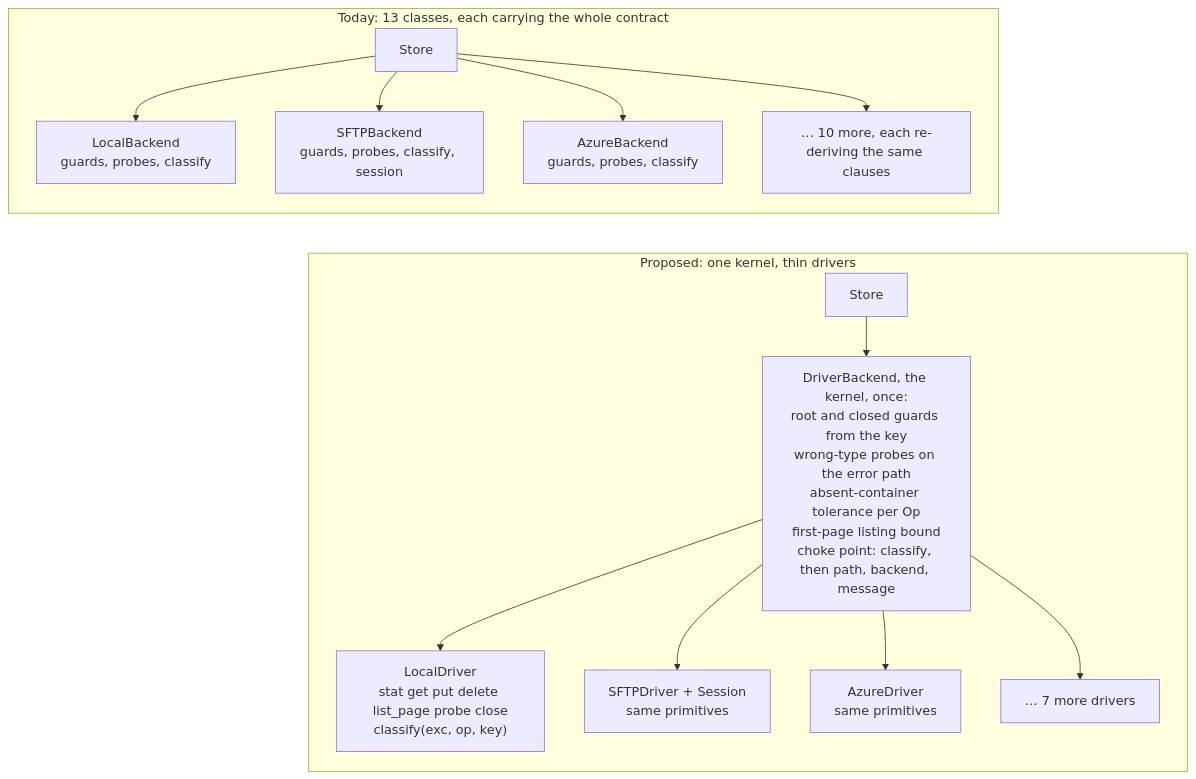
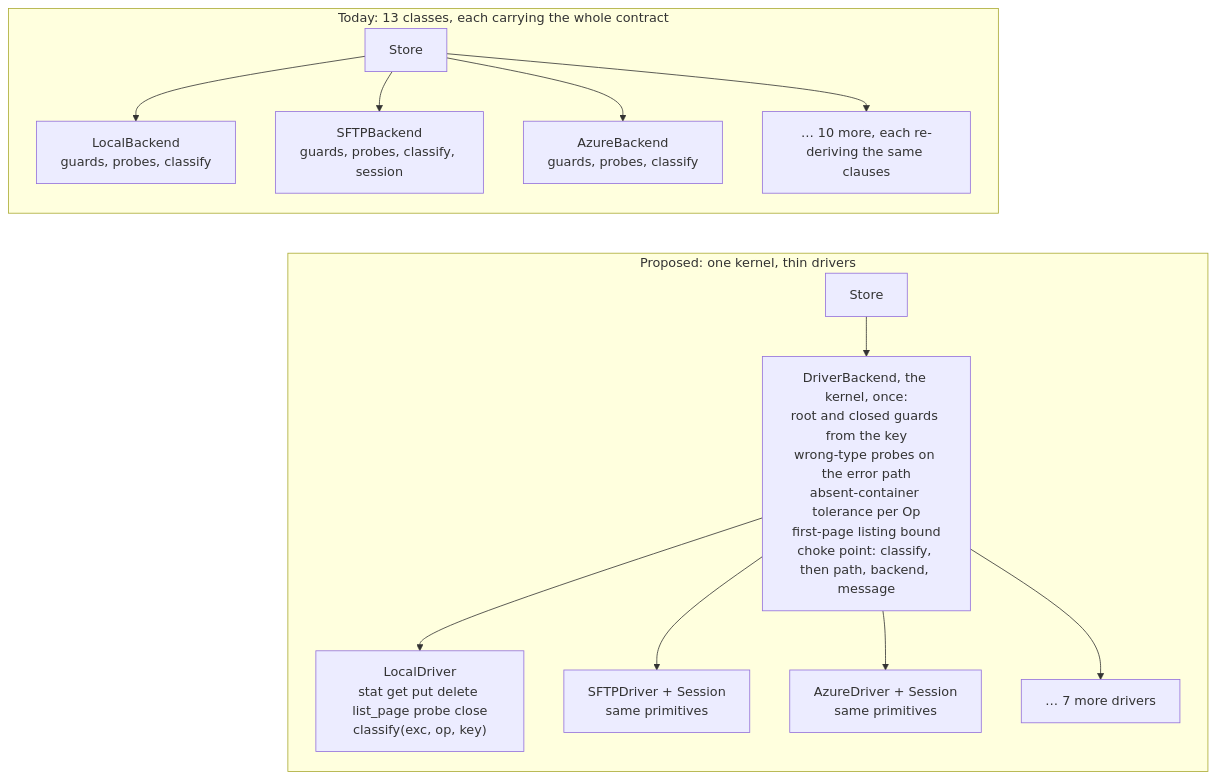
Before and after one commit to haalfi/remote-store: the first of 2 diagrams in sdd/rfcs/rfc-0017-contract-kernel-over-thin-drivers.md, drawn with Mermaid. The commit also changed other lines of this file and 16 other files, not shown here.

````diff
--- a/sdd/rfcs/rfc-0017-contract-kernel-over-thin-drivers.md
+++ b/sdd/rfcs/rfc-0017-contract-kernel-over-thin-drivers.md
@@ -100,17 +103,17 @@
 ```mermaid
 graph TB
   subgraph today["Today: 13 classes, each carrying the whole contract"]
     S1[Store] --> B1["LocalBackend<br/>guards, probes, classify"]
     S1 --> B2["SFTPBackend<br/>guards, probes, classify, session"]
     S1 --> B3["AzureBackend<br/>guards, probes, classify"]
     S1 --> B4["… 10 more, each re-deriving the same clauses"]
   end
   subgraph proposed["Proposed: one kernel, thin drivers"]
     S2[Store] --> K["DriverBackend, the kernel, once:<br/>root and closed guards from the key<br/>wrong-type probes on the error path<br/>absent-container tolerance per Op<br/>first-page listing bound<br/>choke point: classify, then path, backend, message"]
     K --> D1["LocalDriver<br/>stat get put delete list_page probe close<br/>classify(exc, op, key)"]
     K --> D2["SFTPDriver + Session<br/>same primitives"]
-    K --> D3["AzureDriver<br/>same primitives"]
+    K --> D3["AzureDriver + Session<br/>same primitives"]
     K --> D4["… 7 more drivers"]
   end
   B4 ~~~ S2
 ```
````
